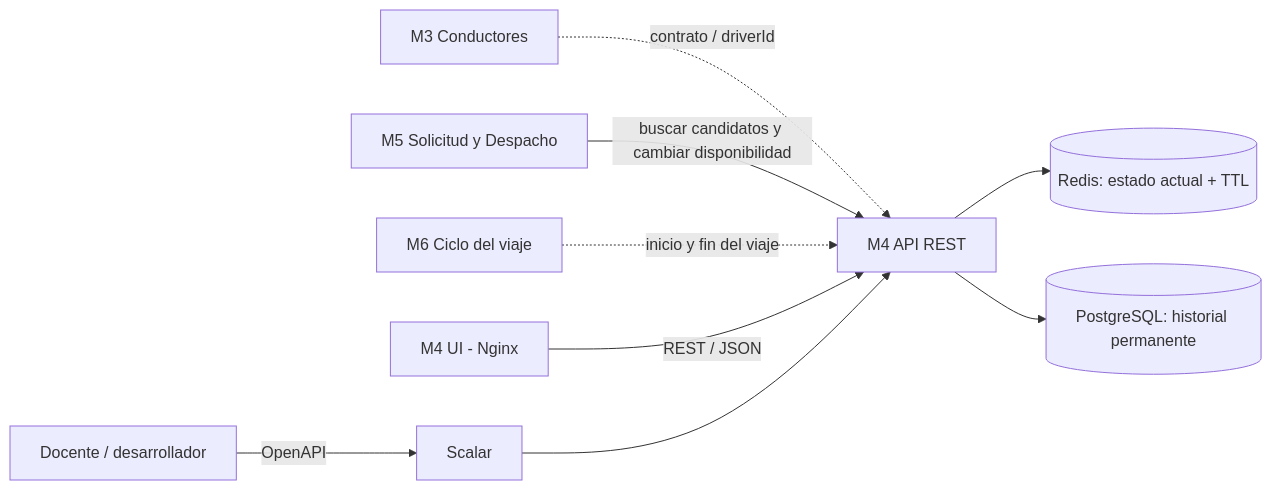
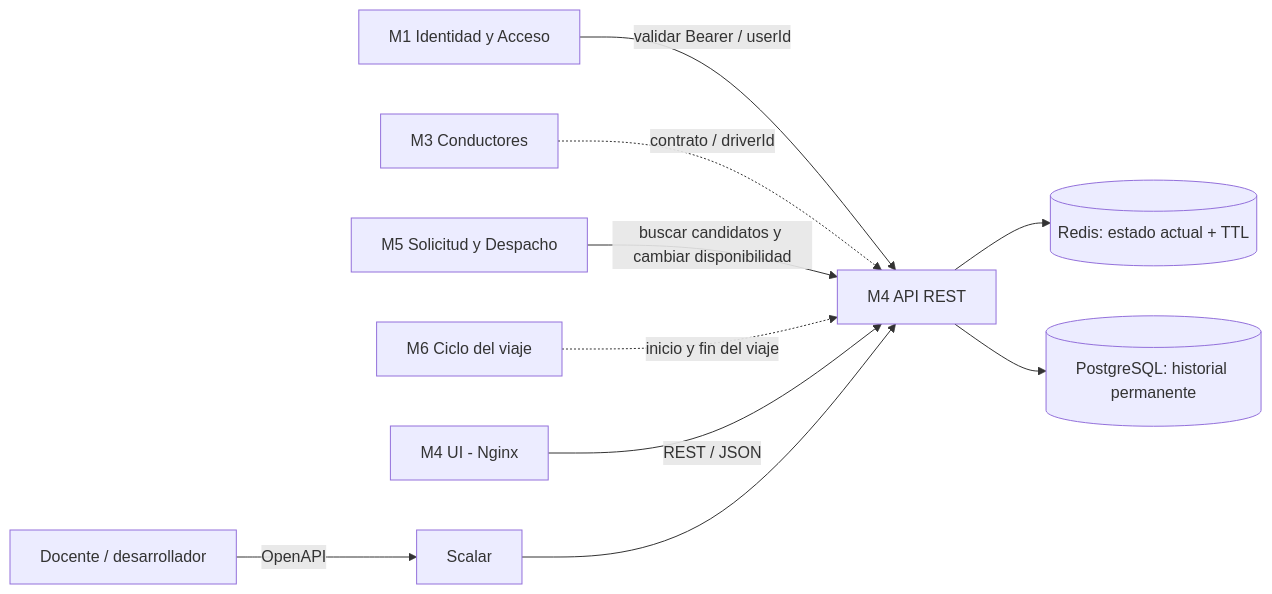
Before and after one commit to cuencadelplata/p3-ae1-2026: the first of 2 diagrams in modulo-4/docs/arquitectura.md, drawn with Mermaid. The commit also changed other lines of this file and 4 other files, not shown here.

````diff
--- a/modulo-4/docs/arquitectura.md
+++ b/modulo-4/docs/arquitectura.md
@@ -5,11 +5,12 @@
 ```mermaid
 flowchart LR
+  M1[M1 Identidad y Acceso] -->|validar Bearer / userId| API[M4 API REST]
   M3[M3 Conductores] -. contrato / driverId .-> API
   M5[M5 Solicitud y Despacho] -->|buscar candidatos y cambiar disponibilidad| API[M4 API REST]
   M6[M6 Ciclo del viaje] -. inicio y fin del viaje .-> API
   UI[M4 UI - Nginx] -->|REST / JSON| API
   API --> REDIS[(Redis: estado actual + TTL)]
   API --> POSTGRES[(PostgreSQL: historial permanente)]
   DEV[Docente / desarrollador] -->|OpenAPI| SCALAR[Scalar]
   SCALAR --> API
 ```
````
